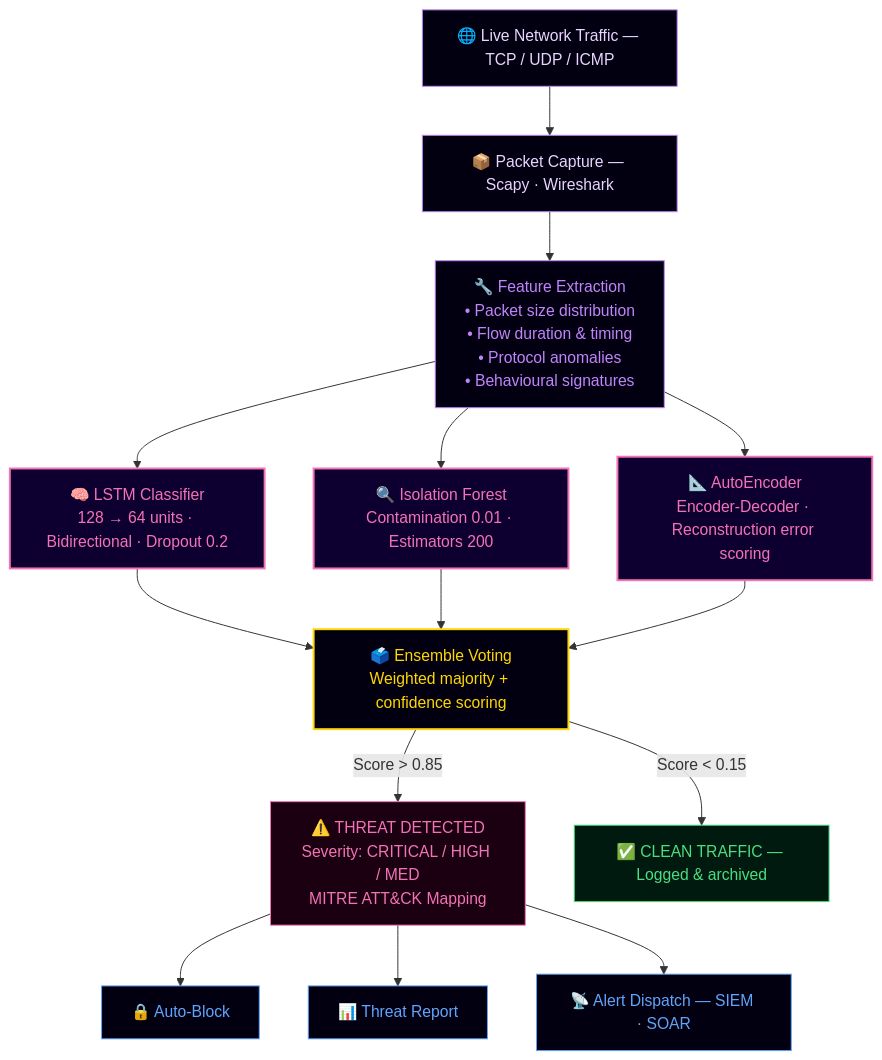
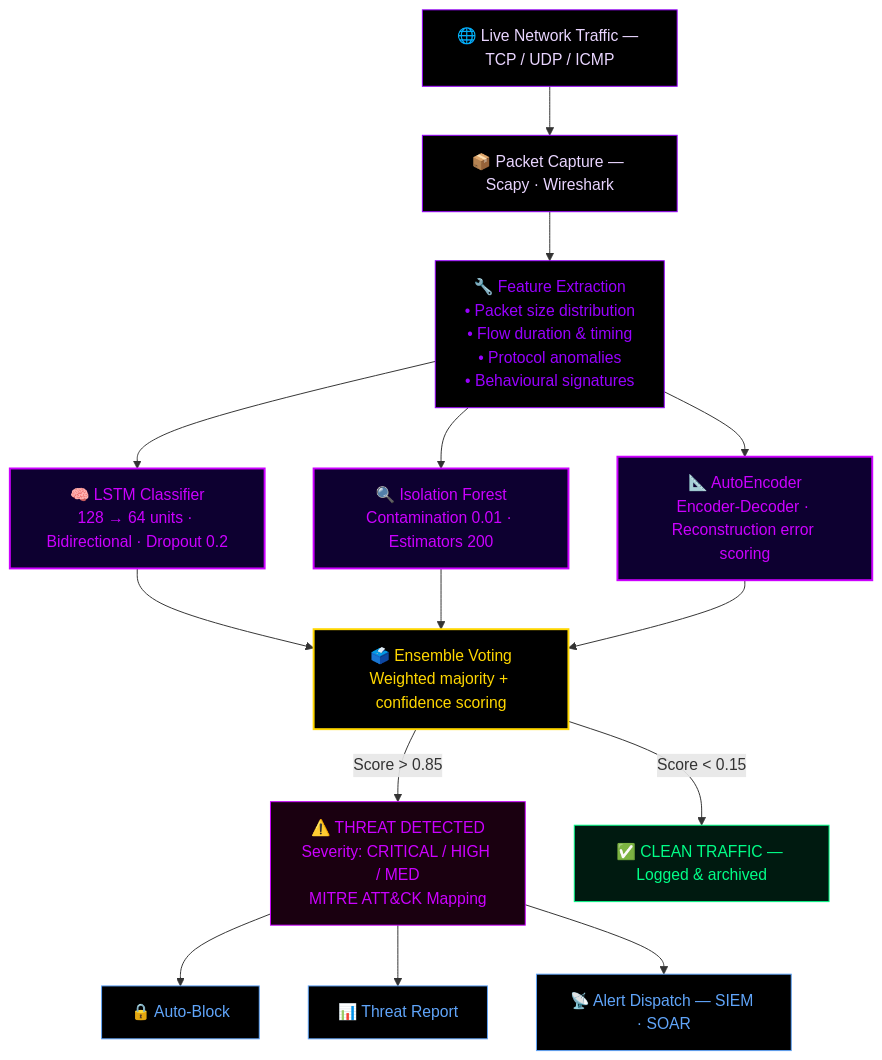
One commit to LuthandoCandlovu/LuthandoCandlovu changed the third of 5 diagrams in README.md. Above: the diagram before and after it, drawn with Mermaid. The commit also changed other lines of this file, not shown here.

````diff
--- a/README.md
+++ b/README.md
@@ -476,27 +483,27 @@
 ```mermaid
 flowchart TD
     TRAFFIC["🌐 Live Network Traffic — TCP / UDP / ICMP"]:::node
     TRAFFIC --> CAP["📦 Packet Capture — Scapy · Wireshark"]:::node
     CAP --> EXTRACT["🔧 Feature Extraction\n• Packet size distribution\n• Flow duration & timing\n• Protocol anomalies\n• Behavioural signatures"]:::process
 
     EXTRACT --> LSTM["🧠 LSTM Classifier\n128 → 64 units · Bidirectional · Dropout 0.2"]:::model
     EXTRACT --> ISO["🔍 Isolation Forest\nContamination 0.01 · Estimators 200"]:::model
     EXTRACT --> AUTO["📐 AutoEncoder\nEncoder-Decoder · Reconstruction error scoring"]:::model
 
     LSTM & ISO & AUTO --> ENSEMBLE["🗳️ Ensemble Voting\nWeighted majority + confidence scoring"]:::ensemble
 
     ENSEMBLE -->|"Score > 0.85"| THREAT["⚠️ THREAT DETECTED\nSeverity: CRITICAL / HIGH / MED\nMITRE ATT&CK Mapping"]:::alert
     ENSEMBLE -->|"Score < 0.15"| SAFE["✅ CLEAN TRAFFIC — Logged & archived"]:::safe
 
     THREAT --> BLOCK["🔒 Auto-Block"]:::action
     THREAT --> REPORT["📊 Threat Report"]:::action
     THREAT --> NOTIFY["📡 Alert Dispatch — SIEM · SOAR"]:::action
 
-    classDef node fill:#020010,stroke:#c084fc,color:#e9d5ff
-    classDef process fill:#020010,stroke:#c084fc,color:#c084fc
-    classDef model fill:#0d0030,stroke:#f472b6,color:#f472b6,stroke-width:2px
-    classDef ensemble fill:#020010,stroke:#FFD700,color:#FFD700,stroke-width:2px
-    classDef alert fill:#1a0010,stroke:#f472b6,color:#f472b6
-    classDef safe fill:#001a10,stroke:#4ADE80,color:#4ADE80
-    classDef action fill:#020010,stroke:#60A5FA,color:#60A5FA
+    classDef node fill:#000000,stroke:#9900ff,color:#e9d5ff
+    classDef process fill:#000000,stroke:#9900ff,color:#9900ff
+    classDef model fill:#0d0030,stroke:#cc00ff,color:#cc00ff,stroke-width:2px
+    classDef ensemble fill:#000000,stroke:#FFD700,color:#FFD700,stroke-width:2px
+    classDef alert fill:#1a0010,stroke:#cc00ff,color:#cc00ff
+    classDef safe fill:#001a10,stroke:#00ff88,color:#00ff88
+    classDef action fill:#000000,stroke:#60A5FA,color:#60A5FA
 ```
````
